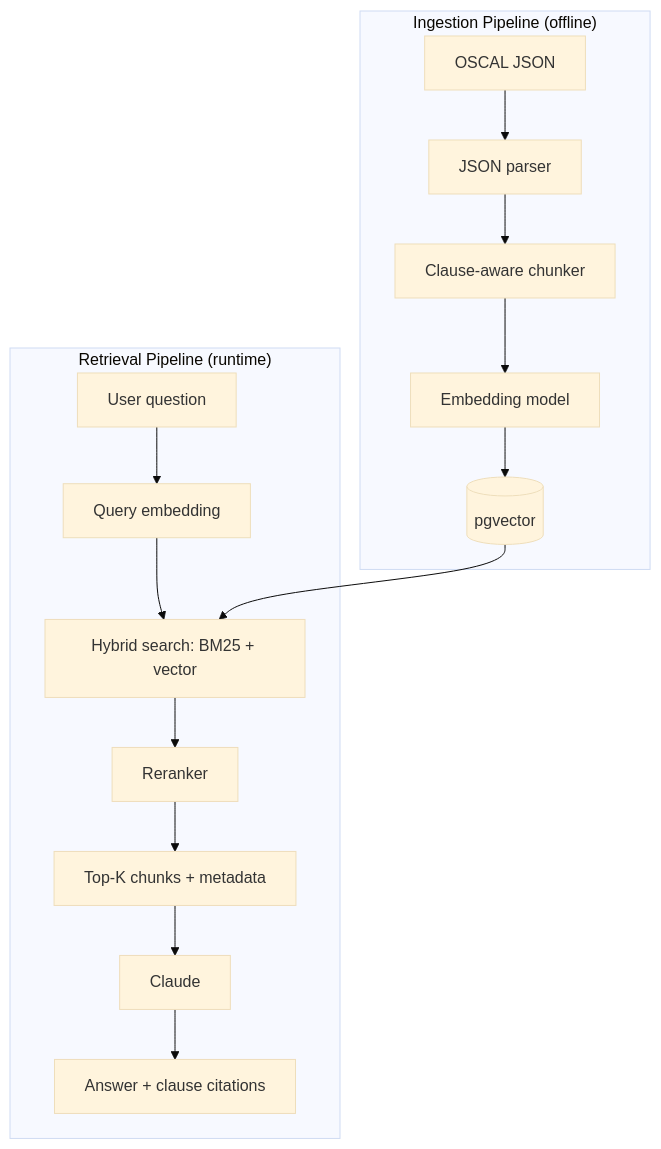
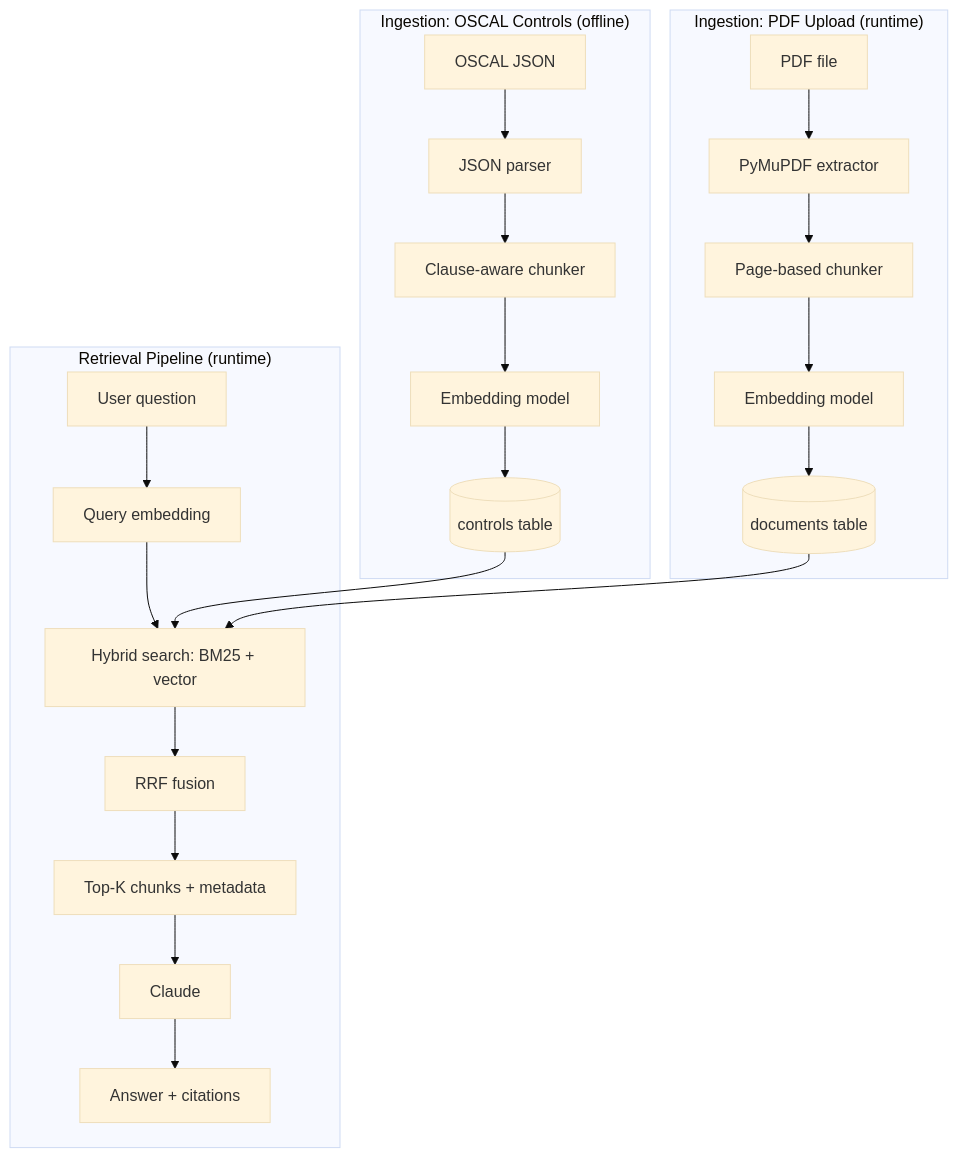
One commit to manumu-studio/iso-audit-rag changed the diagram in README.md. Above: the diagram before and after it, drawn with Mermaid (base theme). The commit also changed other lines of this file and 19 other files, not shown here.

First line of the commit message:
feat(backend): add pdf upload pipeline with storage and embeddings

````diff
--- a/README.md
+++ b/README.md
@@ -7,20 +7,28 @@
 ```mermaid
 graph TD
-  subgraph ingestion["Ingestion Pipeline (offline)"]
+  subgraph ingestion["Ingestion: OSCAL Controls (offline)"]
     OSCAL[OSCAL JSON] --> Parser[JSON parser]
     Parser --> Chunker[Clause-aware chunker]
-    Chunker --> Embedder[Embedding model]
-    Embedder --> Store[(pgvector)]
+    Chunker --> Embedder1[Embedding model]
+    Embedder1 --> Controls[(controls table)]
+  end
+
+  subgraph upload["Ingestion: PDF Upload (runtime)"]
+    PDF[PDF file] --> Extract[PyMuPDF extractor]
+    Extract --> PageChunk[Page-based chunker]
+    PageChunk --> Embedder2[Embedding model]
+    Embedder2 --> Documents[(documents table)]
   end
 
   subgraph retrieval["Retrieval Pipeline (runtime)"]
     Query[User question] --> QEmbed[Query embedding]
     QEmbed --> Search[Hybrid search: BM25 + vector]
-    Search --> Rerank[Reranker]
-    Rerank --> Context[Top-K chunks + metadata]
+    Search --> RRF[RRF fusion]
+    RRF --> Context[Top-K chunks + metadata]
     Context --> LLM[Claude]
-    LLM --> Answer[Answer + clause citations]
+    LLM --> Answer[Answer + citations]
   end
 
-  Store --> Search
+  Controls --> Search
+  Documents --> Search
 ```
````
